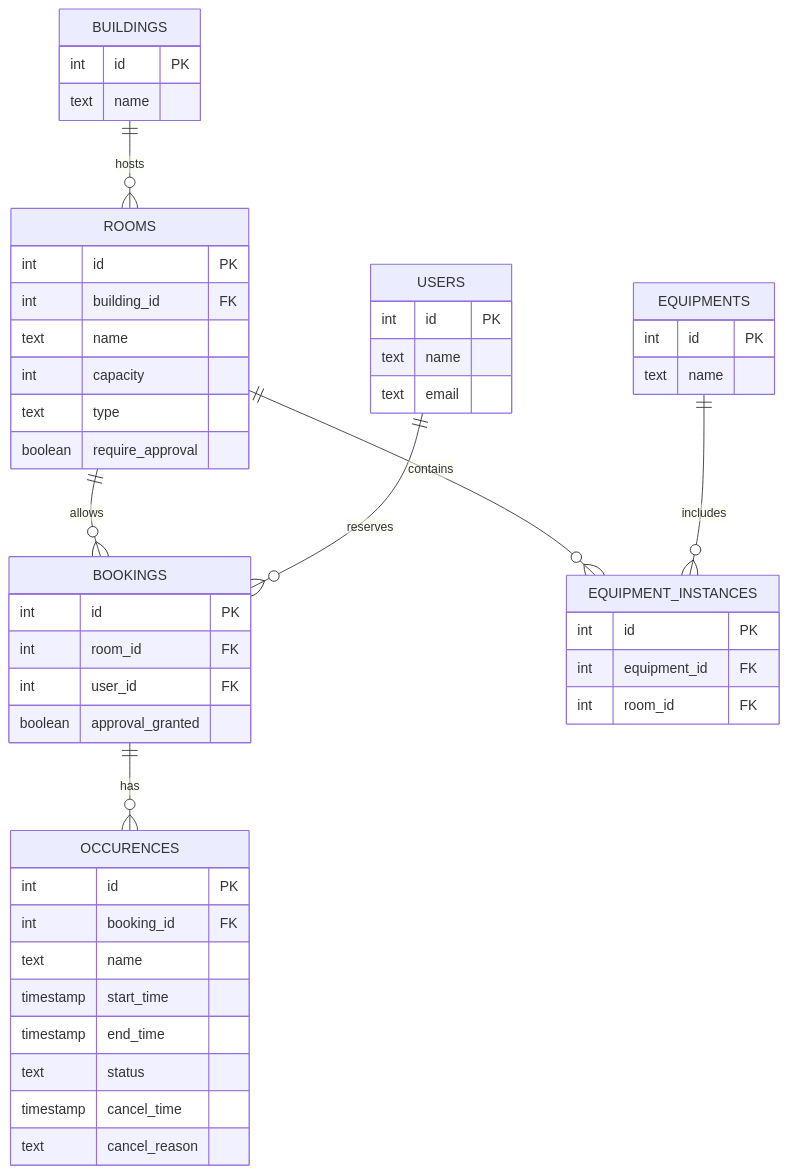
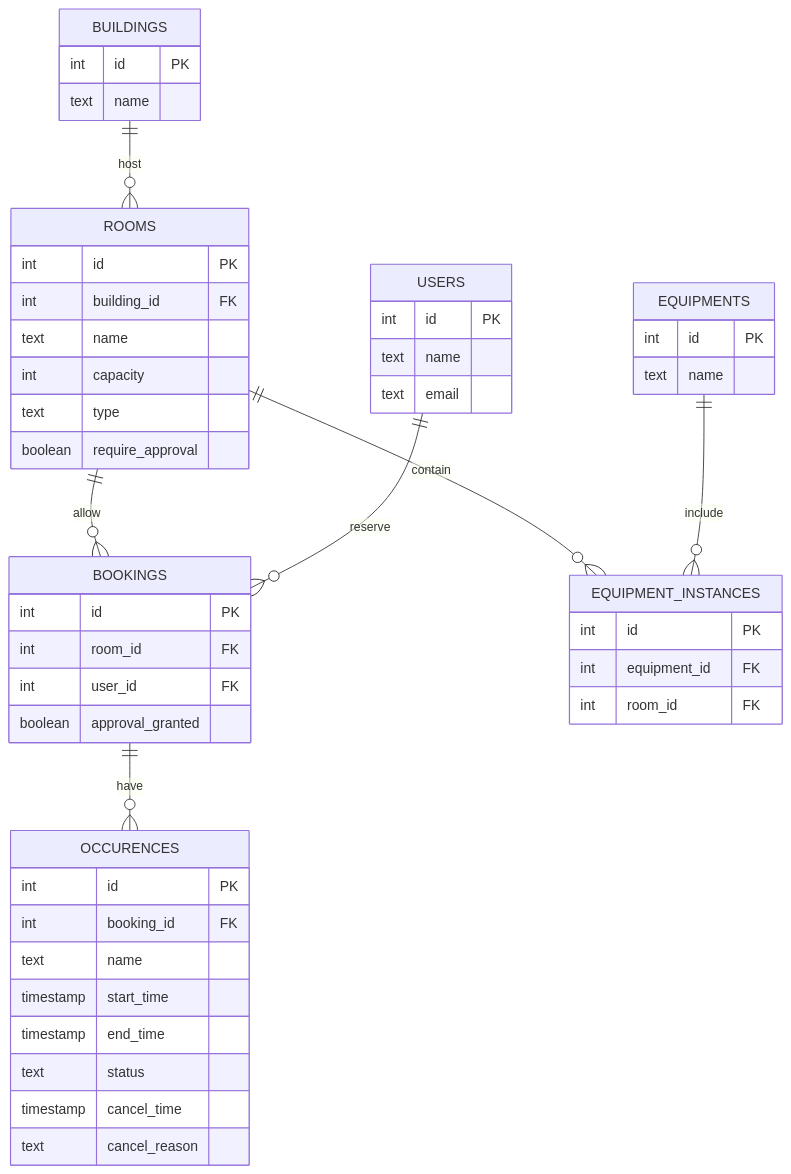
Before and after one commit to ndinhtrung/booking-server: the diagram in design/er-diagram.md, drawn with Mermaid.

Commit message:
Update relationship verbs in ER diagram

````diff
--- a/design/er-diagram.md
+++ b/design/er-diagram.md
@@ -3,59 +3,59 @@
 ```mermaid
 erDiagram
 
     BUILDINGS {
         int        id               PK
         text       name
     }
 
     ROOMS {
         int        id               PK
         int        building_id      FK
         text       name
         int        capacity
         text       type
         boolean    require_approval
     }
 
     USERS {
         int        id               PK
         text       name
         text       email
     }
 
     BOOKINGS {
         int        id               PK
         int        room_id          FK
         int        user_id          FK
         boolean    approval_granted
     }
 
     OCCURENCES {
         int        id               PK
         int        booking_id       FK
         text       name
         timestamp  start_time
         timestamp  end_time
         text       status
         timestamp  cancel_time
         text       cancel_reason
     }
 
     EQUIPMENTS {
         int        id               PK
         text       name
     }
 
     EQUIPMENT_INSTANCES {
         int        id               PK
         int        equipment_id     FK
         int        room_id          FK
     }
 
-    BUILDINGS  ||--o{ ROOMS                : "hosts"
-    ROOMS      ||--o{ BOOKINGS             : "allows"
-    USERS      ||--o{ BOOKINGS             : "reserves"
-    BOOKINGS   ||--o{ OCCURENCES           : "has"
-    ROOMS      ||--o{ EQUIPMENT_INSTANCES  : "contains"
-    EQUIPMENTS ||--o{ EQUIPMENT_INSTANCES  : "includes"
+    BUILDINGS  ||--o{ ROOMS                : "host"
+    ROOMS      ||--o{ BOOKINGS             : "allow"
+    USERS      ||--o{ BOOKINGS             : "reserve"
+    BOOKINGS   ||--o{ OCCURENCES           : "have"
+    ROOMS      ||--o{ EQUIPMENT_INSTANCES  : "contain"
+    EQUIPMENTS ||--o{ EQUIPMENT_INSTANCES  : "include"
 ```
````
